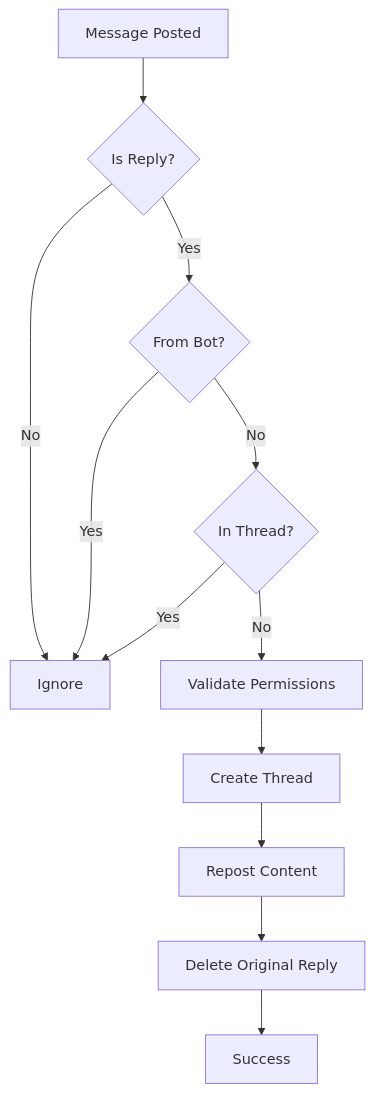
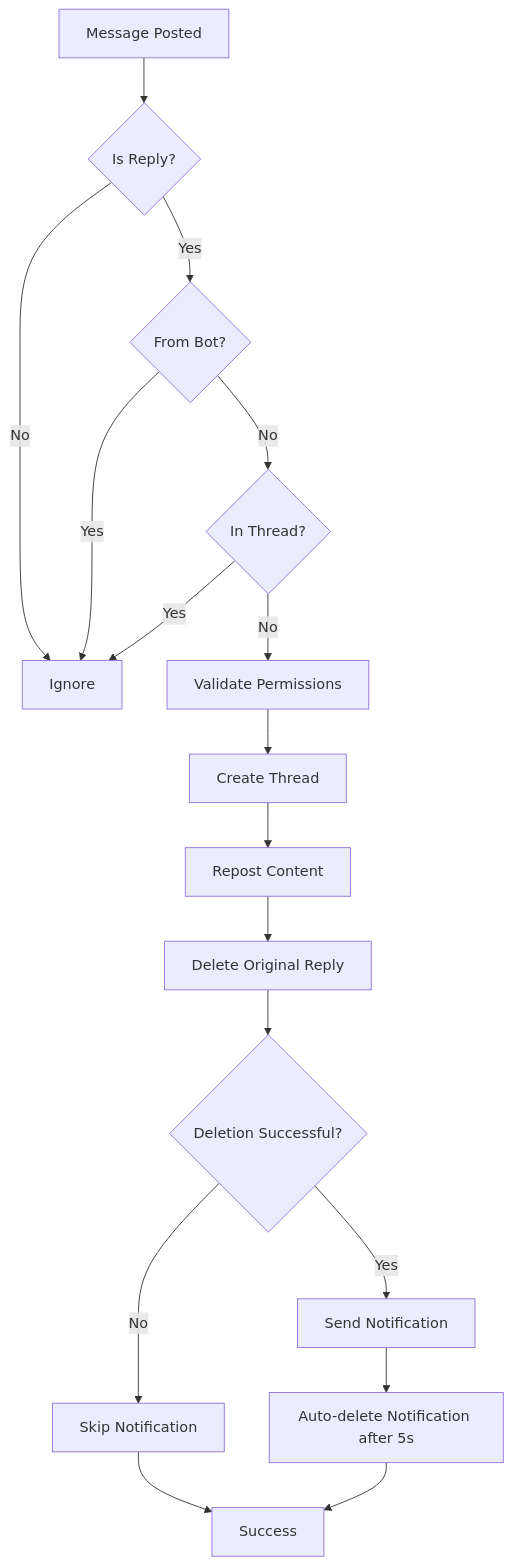
One commit to wei/thread-it changed the diagram in docs/CONTRIBUTING.md. Above: the diagram before and after it, drawn with Mermaid. The commit also changed other lines of this file and 4 other files, not shown here.

````diff
--- a/docs/CONTRIBUTING.md
+++ b/docs/CONTRIBUTING.md
@@ -175,14 +178,19 @@
 ```mermaid
 graph TD
     A[Message Posted] --> B{Is Reply?}
     B -->|No| C[Ignore]
     B -->|Yes| D{From Bot?}
     D -->|Yes| C
     D -->|No| E{In Thread?}
     E -->|Yes| C
     E -->|No| F[Validate Permissions]
     F --> G[Create Thread]
     G --> H[Repost Content]
     H --> I[Delete Original Reply]
-    I --> J[Success]
+    I --> J{Deletion Successful?}
+    J -->|Yes| K[Send Notification]
+    J -->|No| L[Skip Notification]
+    K --> M[Auto-delete Notification after 5s]
+    L --> N[Success]
+    M --> N
 ```
````
